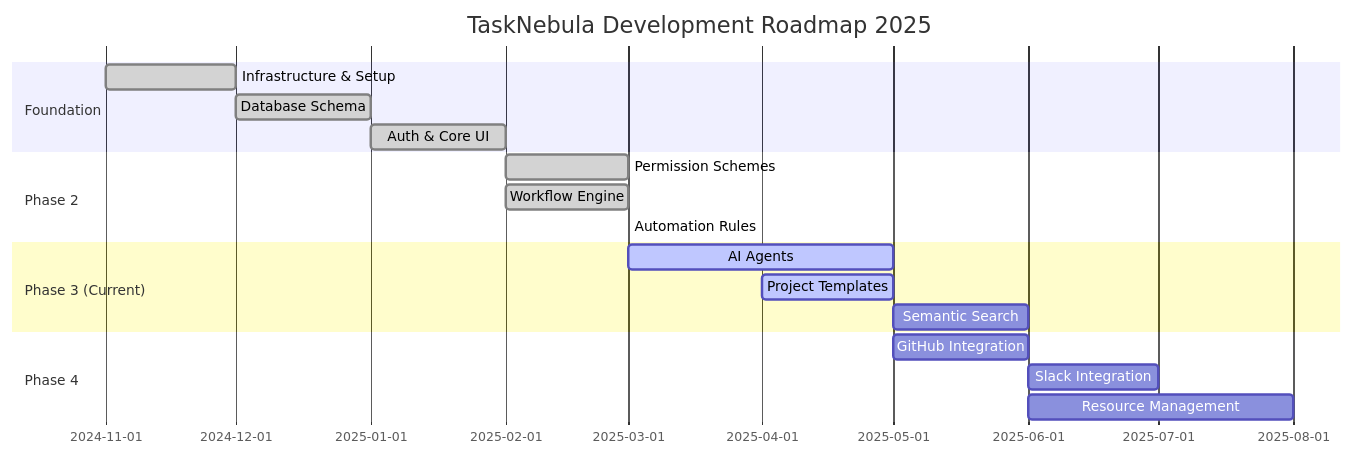
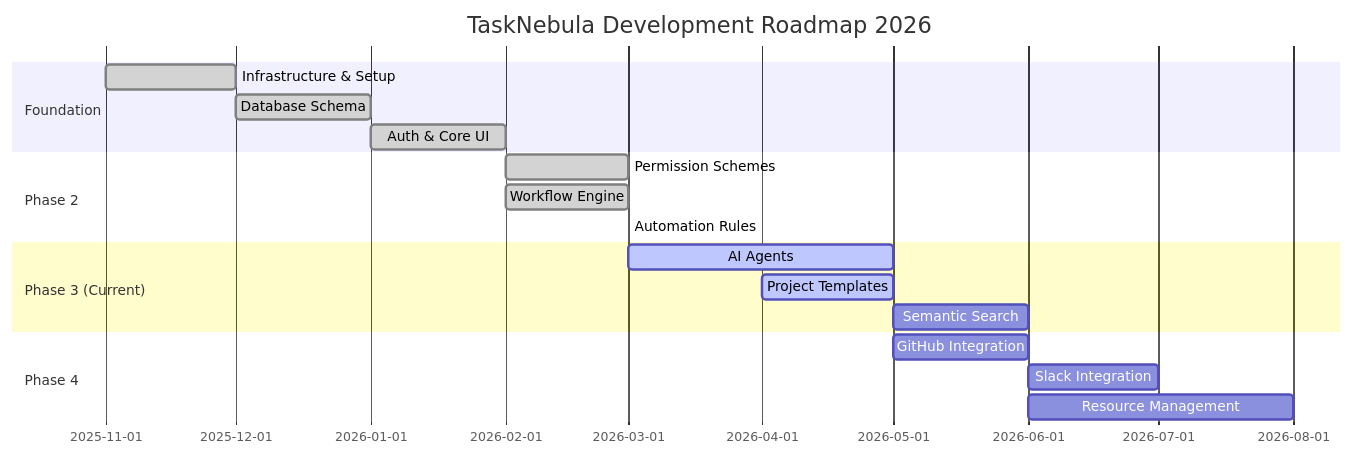
Before and after one commit to neuraparse/taskNebula: the diagram in README.md, drawn with Mermaid. The commit also changed other lines of this file, not shown here.

Commit message:
date fix

````diff
--- a/README.md
+++ b/README.md
@@ -223,21 +223,21 @@
 ```mermaid
 gantt
-    title TaskNebula Development Roadmap 2025
+    title TaskNebula Development Roadmap 2026
     dateFormat  YYYY-MM
     section Foundation
-    Infrastructure & Setup     :done, 2024-11, 2024-12
-    Database Schema           :done, 2024-12, 2025-01
-    Auth & Core UI            :done, 2025-01, 2025-02
+    Infrastructure & Setup     :done, 2025-11, 2025-12
+    Database Schema           :done, 2025-12, 2026-01
+    Auth & Core UI            :done, 2026-01, 2026-02
     section Phase 2
-    Permission Schemes        :done, 2025-02, 2025-03
-    Workflow Engine           :done, 2025-02, 2025-03
-    Automation Rules          :done, 2025-03, 2025-03
+    Permission Schemes        :done, 2026-02, 2026-03
+    Workflow Engine           :done, 2026-02, 2026-03
+    Automation Rules          :done, 2026-03, 2026-03
     section Phase 3 (Current)
-    AI Agents                 :active, 2025-03, 2025-05
-    Project Templates         :active, 2025-04, 2025-05
-    Semantic Search           :2025-05, 2025-06
+    AI Agents                 :active, 2026-03, 2026-05
+    Project Templates         :active, 2026-04, 2026-05
+    Semantic Search           :2026-05, 2026-06
     section Phase 4
-    GitHub Integration        :2025-05, 2025-06
-    Slack Integration         :2025-06, 2025-07
-    Resource Management       :2025-06, 2025-08
+    GitHub Integration        :2026-05, 2026-06
+    Slack Integration         :2026-06, 2026-07
+    Resource Management       :2026-06, 2026-08
 ```
````
